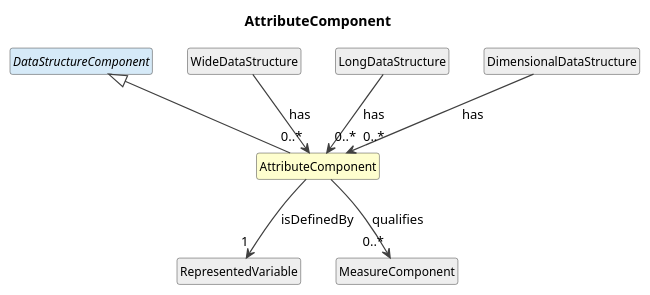
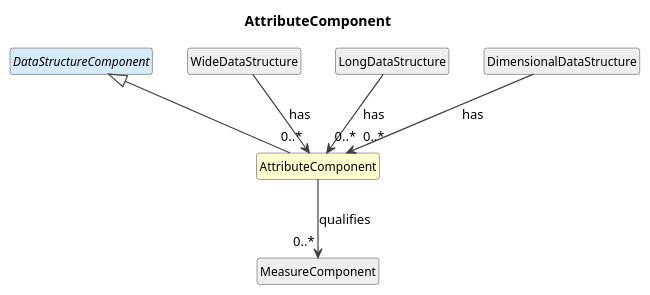
Before and after one commit to Cross-Domain-Interoperability-Framework/metadataBuildingBlocks: the diagram in cdif-uml-model/CDIFDataStructure/Classes/AttributeComponent.pu, drawn with PlantUML. The commit also changed 54 other files, not shown here.

Commit message:
Regenerate UML model browser: component isDefinedBy refactor

```diff
--- a/cdif-uml-model/CDIFDataStructure/Classes/AttributeComponent.pu
+++ b/cdif-uml-model/CDIFDataStructure/Classes/AttributeComponent.pu
@@ -1,27 +1,25 @@
 @startuml
 title AttributeComponent
 hide circle
 hide empty members
 skinparam shadowing false
 skinparam ArrowThickness 1.2
 skinparam class {
   ArrowColor #404040
   BorderColor #404040
   FontSize 12
 }
 
 class "AttributeComponent" as AttributeComponent #FEFECE
 abstract class "DataStructureComponent" as DataStructureComponent #D6EAF8
 DataStructureComponent <|-- AttributeComponent
 class "WideDataStructure" as WideDataStructure #EEEEEE
 WideDataStructure --> "0..*" AttributeComponent : has
 class "LongDataStructure" as LongDataStructure #EEEEEE
 LongDataStructure --> "0..*" AttributeComponent : has
 class "DimensionalDataStructure" as DimensionalDataStructure #EEEEEE
 DimensionalDataStructure --> "0..*" AttributeComponent : has
-class "RepresentedVariable" as RepresentedVariable #EEEEEE
-AttributeComponent --> "1" RepresentedVariable : isDefinedBy
 class "MeasureComponent" as MeasureComponent #EEEEEE
 AttributeComponent --> "0..*" MeasureComponent : qualifies
 
 @enduml
```
